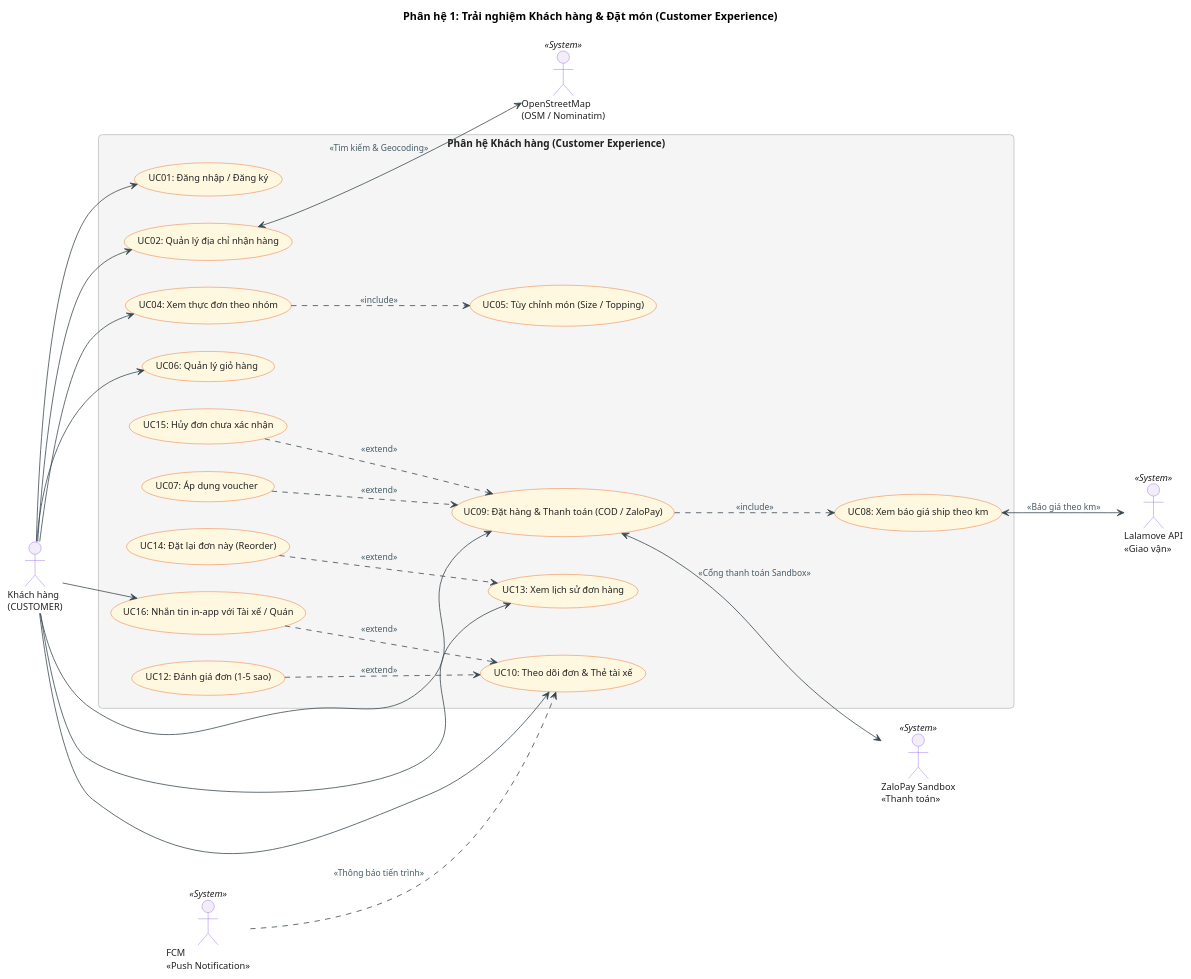
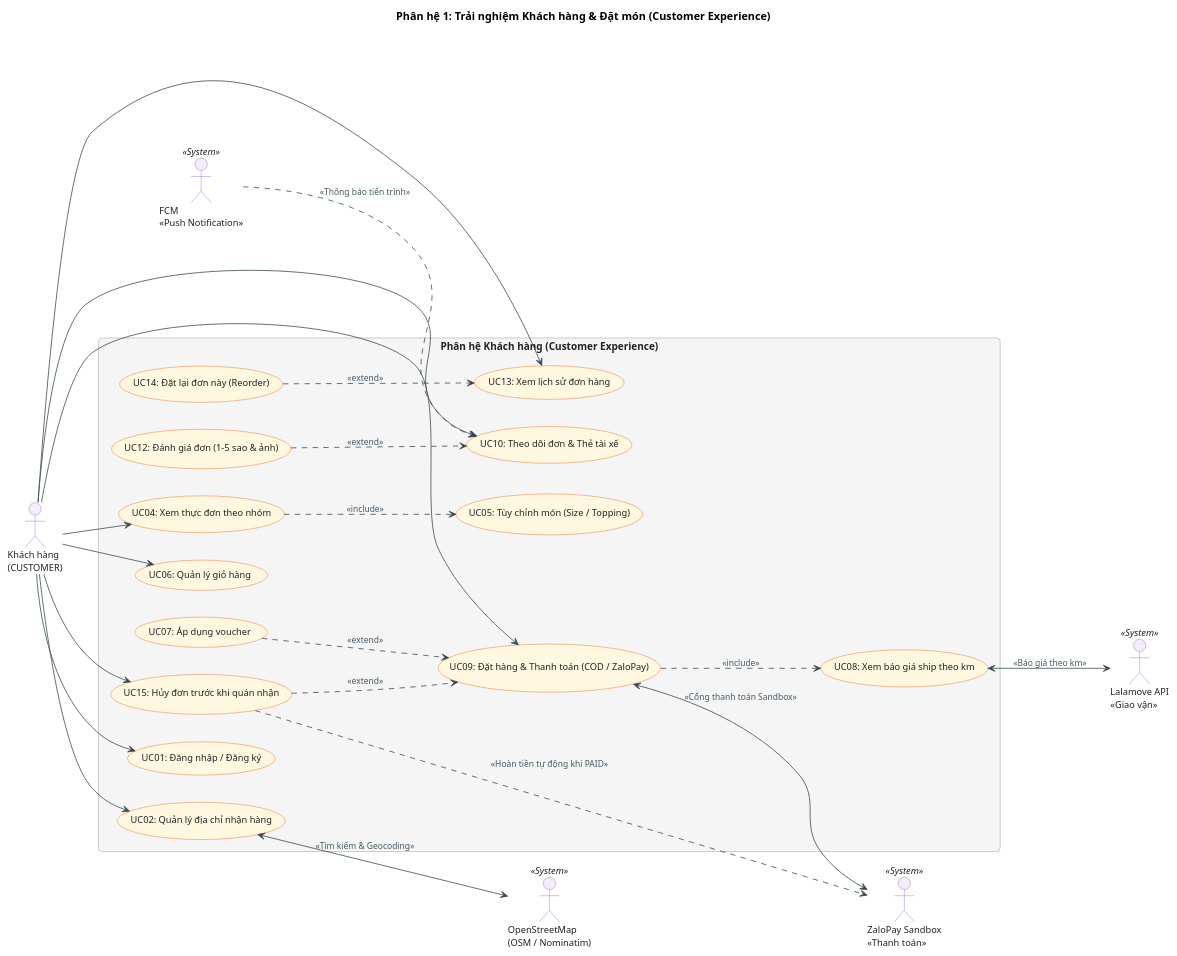
The diagram in docs/diagrams/03-use-case-diagrams/02-Phan-he-khach-hang-dat-mon.puml (thanhpino/MobileAppFinalProject-MiaoSong), drawn with PlantUML before and after one commit. The commit also changed 31 other files, not shown here.

Commit message:
docs(diagrams): sync all PlantUML sources & re-render 18 PNG diagrams to match ZaloPay/ERD/Tracking code

```diff
--- a/docs/diagrams/03-use-case-diagrams/02-Phan-he-khach-hang-dat-mon.puml
+++ b/docs/diagrams/03-use-case-diagrams/02-Phan-he-khach-hang-dat-mon.puml
@@ -1,92 +1,91 @@
 @startuml MiaoSong_KhachHang
 title Phân hệ 1: Trải nghiệm Khách hàng & Đặt món (Customer Experience)
 left to right direction
 
 skinparam defaultFontName "Arial"
 skinparam defaultFontSize 12
 skinparam roundcorner 10
 skinparam shadowing false
 skinparam packageStyle rectangle
 
 skinparam actor {
     BorderColor #8A57E8
     BackgroundColor #F3EDF7
     FontColor #212121
     FontSize 12
 }
 
 skinparam usecase {
     BorderColor #E65100
     BackgroundColor #FFF8E1
     FontColor #212121
     FontSize 12
     ArrowColor #37474F
 }
 
 skinparam rectangle {
     BorderColor #9E9E9E
     BackgroundColor #FAFAFA
     FontColor #212121
     FontSize 13
 }
 
 skinparam package {
     BorderColor #BDBDBD
     BackgroundColor #F5F5F5
     FontColor #37474F
     FontSize 12
 }
 
 skinparam arrow {
     Color #37474F
     FontColor #455A64
     FontSize 11
 }
 
 
 actor "Khách hàng\n(CUSTOMER)" as KH
 
 actor "OpenStreetMap\n(OSM / Nominatim)" as OSM <<System>>
 actor "Lalamove API\n<<Giao vận>>" as LL <<System>>
 actor "ZaloPay Sandbox\n<<Thanh toán>>" as ZLP <<System>>
 actor "FCM\n<<Push Notification>>" as FCM <<System>>
 
 rectangle "Phân hệ Khách hàng (Customer Experience)" {
     usecase "UC01: Đăng nhập / Đăng ký" as UC01
     usecase "UC02: Quản lý địa chỉ nhận hàng" as UC02
     usecase "UC04: Xem thực đơn theo nhóm" as UC04
     usecase "UC05: Tùy chỉnh món (Size / Topping)" as UC05
     usecase "UC06: Quản lý giỏ hàng" as UC06
     usecase "UC07: Áp dụng voucher" as UC07
     usecase "UC08: Xem báo giá ship theo km" as UC08
     usecase "UC09: Đặt hàng & Thanh toán (COD / ZaloPay)" as UC09
     usecase "UC10: Theo dõi đơn & Thẻ tài xế" as UC10
-    usecase "UC12: Đánh giá đơn (1-5 sao)" as UC12
+    usecase "UC12: Đánh giá đơn (1-5 sao & ảnh)" as UC12
     usecase "UC13: Xem lịch sử đơn hàng" as UC13
     usecase "UC14: Đặt lại đơn này (Reorder)" as UC14
-    usecase "UC15: Hủy đơn chưa xác nhận" as UC15
-    usecase "UC16: Nhắn tin in-app với Tài xế / Quán" as UC16
+    usecase "UC15: Hủy đơn trước khi quán nhận" as UC15
 }
 
 KH --> UC01
 KH --> UC02
 KH --> UC04
 KH --> UC06
 KH --> UC09
 KH --> UC10
 KH --> UC13
-KH --> UC16
+KH --> UC15
 
 UC04 ..> UC05 : <<include>>
 UC09 ..> UC08 : <<include>>
 UC07 ..> UC09 : <<extend>>
 UC15 ..> UC09 : <<extend>>
-UC16 ..> UC10 : <<extend>>
 UC12 ..> UC10 : <<extend>>
 UC14 ..> UC13 : <<extend>>
 
 UC02 <--> OSM : <<Tìm kiếm & Geocoding>>
 UC08 <--> LL : <<Báo giá theo km>>
 UC09 <--> ZLP : <<Cổng thanh toán Sandbox>>
+UC15 ..> ZLP : <<Hoàn tiền tự động khi PAID>>
 FCM ..> UC10 : <<Thông báo tiến trình>>
 @enduml
```
